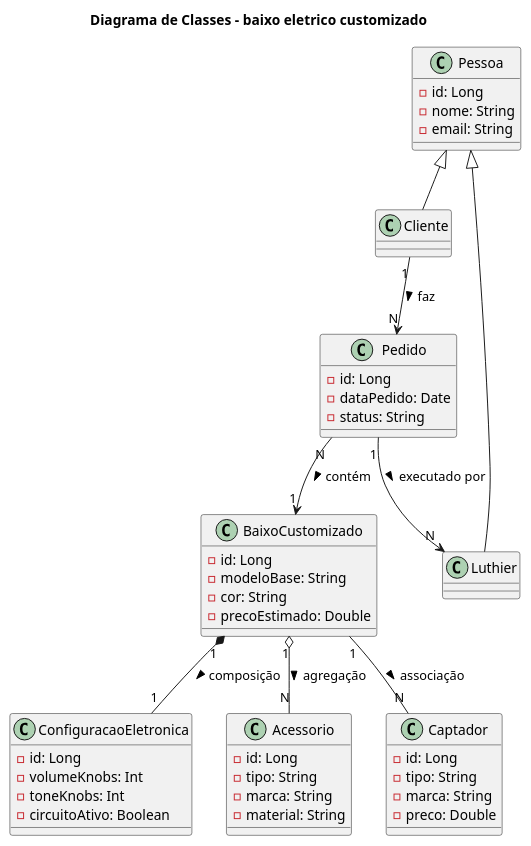
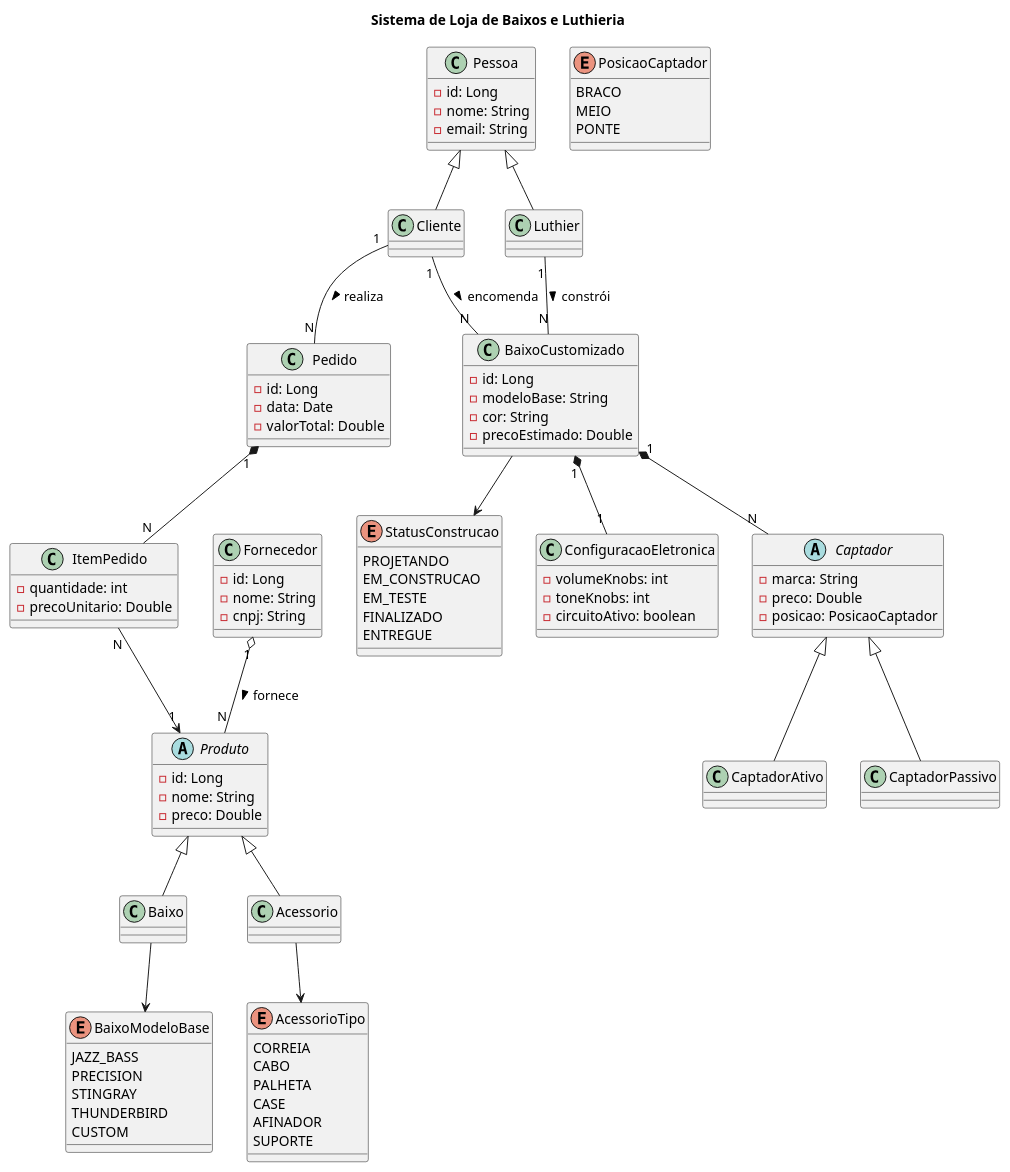
The diagram in src/main/resources/uml/diagrama baixo eletrico.puml (diegogalvao-dev/baixo-eletrico-customizado), drawn with PlantUML before and after one commit. The commit also changed 59 other files, not shown here.

```diff
--- a/src/main/resources/uml/diagrama baixo eletrico.puml
+++ b/src/main/resources/uml/diagrama baixo eletrico.puml
@@ -1,79 +1,139 @@
 @startuml
-'https://plantuml.com/class-diagram
+title Sistema de Loja de Baixos e Luthieria
 
-title Diagrama de Classes - baixo eletrico customizado
-
-' =====================
-' Classes Base
-' =====================
+'=========================
+' HERANÇA
+'=========================
 class Pessoa {
   - id: Long
   - nome: String
   - email: String
 }
 
-class Cliente {
-}
-
-class Luthier {
-}
+class Cliente
+class Luthier
 
 Pessoa <|-- Cliente
 Pessoa <|-- Luthier
 
-' =====================
-' Pedido
-' =====================
+'=========================
+' LOJA
+'=========================
+abstract class Produto {
+  - id: Long
+  - nome: String
+  - preco: Double
+}
+
+class Baixo
+
+enum BaixoModeloBase {
+    JAZZ_BASS
+    PRECISION
+    STINGRAY
+    THUNDERBIRD
+    CUSTOM
+}
+
+Baixo --> BaixoModeloBase
+
+class Acessorio
+
+enum AcessorioTipo {
+    CORREIA
+    CABO
+    PALHETA
+    CASE
+    AFINADOR
+    SUPORTE
+}
+
+Acessorio --> AcessorioTipo
+
+Produto <|-- Baixo
+Produto <|-- Acessorio
+
 class Pedido {
   - id: Long
-  - dataPedido: Date
-  - status: String
+  - data: Date
+  - valorTotal: Double
 }
 
-Cliente "1" --> "N" Pedido : faz >
-Pedido "N" --> "1" BaixoCustomizado : contém >
-Pedido "1" --> "N" Luthier : executado por >
+class ItemPedido {
+  - quantidade: int
+  - precoUnitario: Double
+}
 
-' =====================
-' Baixo Customizado
-' =====================
+Cliente "1" -- "N" Pedido : realiza >
+Pedido "1" *-- "N" ItemPedido
+ItemPedido "N" --> "1" Produto
+
+'=========================
+' FORNECEDOR (AGREGAÇÃO)
+'=========================
+class Fornecedor {
+  - id: Long
+  - nome: String
+  - cnpj: String
+}
+
+Fornecedor "1" o-- "N" Produto : fornece >
+
+'=========================
+' LUTHIERIA
+'=========================
 class BaixoCustomizado {
   - id: Long
   - modeloBase: String
   - cor: String
   - precoEstimado: Double
 }
 
-class ConfiguracaoEletronica {
-  - id: Long
-  - volumeKnobs: Int
-  - toneKnobs: Int
-  - circuitoAtivo: Boolean
+Cliente "1" -- "N" BaixoCustomizado : encomenda >
+Luthier "1" -- "N" BaixoCustomizado : constrói >
+
+enum StatusConstrucao {
+  PROJETANDO
+  EM_CONSTRUCAO
+  EM_TESTE
+  FINALIZADO
+  ENTREGUE
 }
 
-BaixoCustomizado "1" *-- "1" ConfiguracaoEletronica : composição >
-BaixoCustomizado "1" o-- "N" Acessorio : agregação >
-BaixoCustomizado "1" -- "N" Captador : associação >
+BaixoCustomizado --> StatusConstrucao
 
-' =====================
-' Acessórios
-' =====================
-class Acessorio {
-  - id: Long
-  - tipo: String
-  - marca: String
-  - material: String
+'=========================
+' COMPOSIÇÃO
+'=========================
+class ConfiguracaoEletronica {
+  - volumeKnobs: int
+  - toneKnobs: int
+  - circuitoAtivo: boolean
 }
 
-' =====================
-' Captadores
-' =====================
-class Captador {
-  - id: Long
-  - tipo: String
+BaixoCustomizado "1" *-- "1" ConfiguracaoEletronica
+
+'=========================
+' CAPTADORES
+'=========================
+enum PosicaoCaptador {
+  BRACO
+  MEIO
+  PONTE
+}
+
+abstract class Captador {
   - marca: String
   - preco: Double
+  - posicao: PosicaoCaptador
 }
 
+class CaptadorAtivo
+class CaptadorPassivo
+
+Captador <|-- CaptadorAtivo
+Captador <|-- CaptadorPassivo
+
+BaixoCustomizado "1" *-- "N" Captador
 
 @enduml
```
